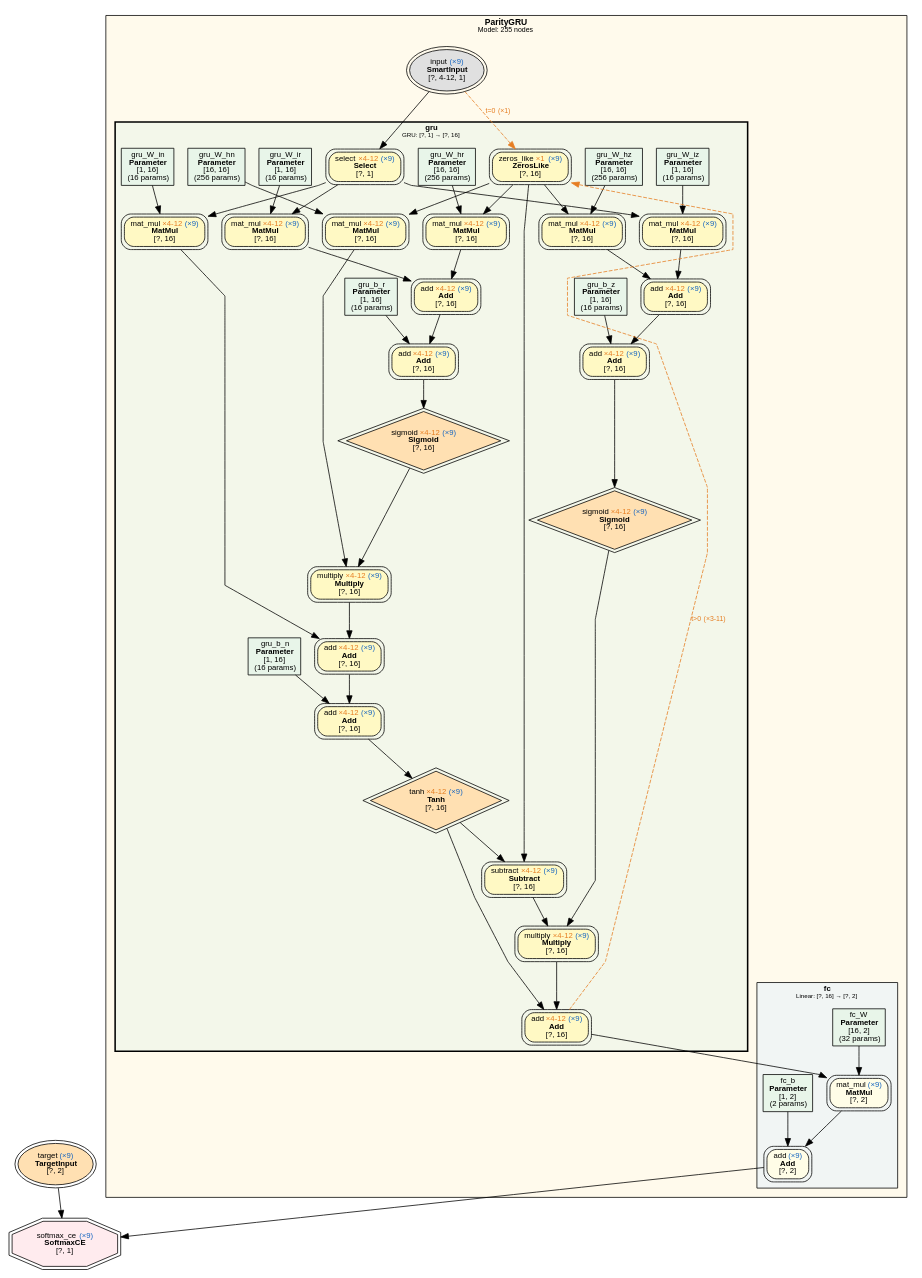
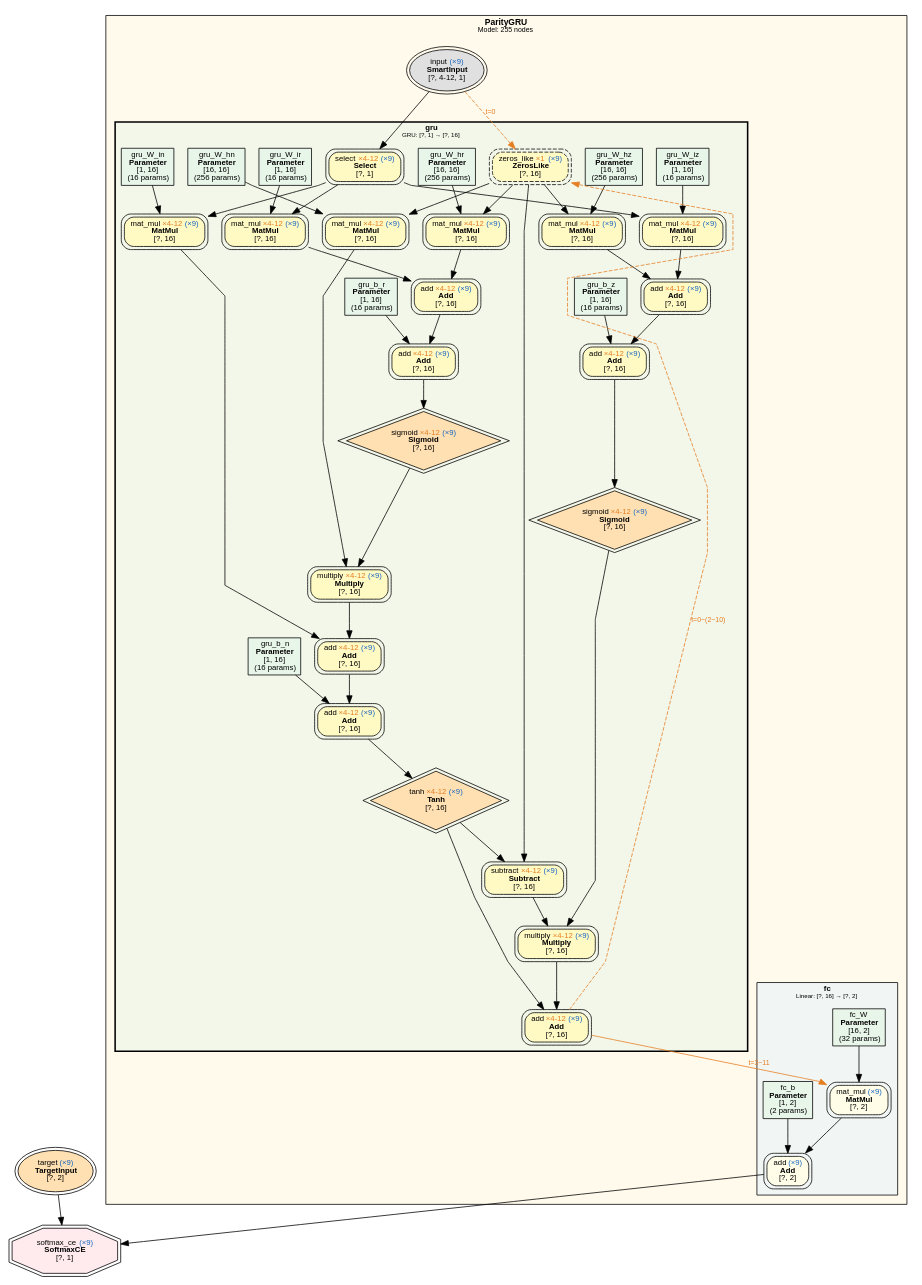
One commit to dbsxdbsx/only_torch changed the diagram in examples/parity_gru_var_len/parity_gru_var_len.dot. Above: the diagram before and after it, drawn with Graphviz. The commit also changed 8 other files, not shown here.

First line of the commit message:
style(vis): 优化循环层时间步标签及 ZerosLike 节点样式

```diff
--- a/examples/parity_gru_var_len/parity_gru_var_len.dot
+++ b/examples/parity_gru_var_len/parity_gru_var_len.dot
@@ -1,117 +1,117 @@
 digraph Model {
     rankdir=TB;
     newrank=true;
     splines=polyline;
     node [fontname="Microsoft YaHei,SimHei,Arial"];
     edge [fontname="Microsoft YaHei,SimHei,Arial"];
 
     subgraph cluster_ParityGRU {
         label=<<B>ParityGRU</B><BR/><FONT POINT-SIZE="9">Model: 255 nodes</FONT>>;
         style=filled;
         fillcolor="#FFECB340";
         fontname="Microsoft YaHei,SimHei,Arial";
         fontsize=11;
         margin=12;
         subgraph cluster_ParityGRU_fc {
             label=<<B>fc</B><BR/><FONT POINT-SIZE="8">Linear: [?, 16] → [?, 2]</FONT>>;
             style=filled;
             fillcolor="#E3F2FD80";
             fontname="Microsoft YaHei,SimHei,Arial";
             fontsize=10;
             margin=8;
             "10" [label=<fc_W<BR/><B>Parameter</B><BR/>[16, 2]<BR/>(32 params)> shape=box style=filled fillcolor="#E8F5E9" fontsize=10];
             "11" [label=<fc_b<BR/><B>Parameter</B><BR/>[1, 2]<BR/>(2 params)> shape=box style=filled fillcolor="#E8F5E9" fontsize=10];
             "1502" [label=<mat_mul <FONT COLOR="#1565C0">(×9)</FONT><BR/><B>MatMul</B><BR/>[?, 2]> shape=box style="filled,rounded" fillcolor="#FFFDE7" peripheries=2 fontsize=10];
             "1503" [label=<add <FONT COLOR="#1565C0">(×9)</FONT><BR/><B>Add</B><BR/>[?, 2]> shape=box style="filled,rounded" fillcolor="#FFFDE7" peripheries=2 fontsize=10];
         }
         subgraph cluster_ParityGRU_gru {
             label=<<B>gru</B><BR/><FONT POINT-SIZE="8">GRU: [?, 1] → [?, 16]</FONT>>;
             style="filled,bold";
             peripheries=3;
             penwidth=2;
             fillcolor="#E8F5E980";
             fontname="Microsoft YaHei,SimHei,Arial";
             fontsize=10;
             margin=8;
             "1" [label=<gru_W_ir<BR/><B>Parameter</B><BR/>[1, 16]<BR/>(16 params)> shape=box style=filled fillcolor="#E8F5E9" fontsize=10];
             "2" [label=<gru_W_hr<BR/><B>Parameter</B><BR/>[16, 16]<BR/>(256 params)> shape=box style=filled fillcolor="#E8F5E9" fontsize=10];
             "3" [label=<gru_b_r<BR/><B>Parameter</B><BR/>[1, 16]<BR/>(16 params)> shape=box style=filled fillcolor="#E8F5E9" fontsize=10];
             "4" [label=<gru_W_iz<BR/><B>Parameter</B><BR/>[1, 16]<BR/>(16 params)> shape=box style=filled fillcolor="#E8F5E9" fontsize=10];
             "5" [label=<gru_W_hz<BR/><B>Parameter</B><BR/>[16, 16]<BR/>(256 params)> shape=box style=filled fillcolor="#E8F5E9" fontsize=10];
             "6" [label=<gru_b_z<BR/><B>Parameter</B><BR/>[1, 16]<BR/>(16 params)> shape=box style=filled fillcolor="#E8F5E9" fontsize=10];
             "7" [label=<gru_W_in<BR/><B>Parameter</B><BR/>[1, 16]<BR/>(16 params)> shape=box style=filled fillcolor="#E8F5E9" fontsize=10];
             "8" [label=<gru_W_hn<BR/><B>Parameter</B><BR/>[16, 16]<BR/>(256 params)> shape=box style=filled fillcolor="#E8F5E9" fontsize=10];
             "9" [label=<gru_b_n<BR/><B>Parameter</B><BR/>[1, 16]<BR/>(16 params)> shape=box style=filled fillcolor="#E8F5E9" fontsize=10];
-            "1261" [label=<zeros_like <FONT COLOR="#E67E22">×1</FONT> <FONT COLOR="#1565C0">(×9)</FONT><BR/><B>ZerosLike</B><BR/>[?, 16]> shape=box style="filled,rounded" fillcolor="#FFF9C4" peripheries=2 fontsize=10];
+            "1261" [label=<zeros_like <FONT COLOR="#E67E22">×1</FONT> <FONT COLOR="#1565C0">(×9)</FONT><BR/><B>ZerosLike</B><BR/>[?, 16]> shape=box style="filled,rounded,dashed" fillcolor="#FFF9C4" peripheries=2 fontsize=10];
             "1262" [label=<select <FONT COLOR="#E67E22">×4-12</FONT> <FONT COLOR="#1565C0">(×9)</FONT><BR/><B>Select</B><BR/>[?, 1]> shape=box style="filled,rounded" fillcolor="#FFF9C4" peripheries=2 fontsize=10];
             "1263" [label=<mat_mul <FONT COLOR="#E67E22">×4-12</FONT> <FONT COLOR="#1565C0">(×9)</FONT><BR/><B>MatMul</B><BR/>[?, 16]> shape=box style="filled,rounded" fillcolor="#FFF9C4" peripheries=2 fontsize=10];
             "1264" [label=<mat_mul <FONT COLOR="#E67E22">×4-12</FONT> <FONT COLOR="#1565C0">(×9)</FONT><BR/><B>MatMul</B><BR/>[?, 16]> shape=box style="filled,rounded" fillcolor="#FFF9C4" peripheries=2 fontsize=10];
             "1265" [label=<add <FONT COLOR="#E67E22">×4-12</FONT> <FONT COLOR="#1565C0">(×9)</FONT><BR/><B>Add</B><BR/>[?, 16]> shape=box style="filled,rounded" fillcolor="#FFF9C4" peripheries=2 fontsize=10];
             "1266" [label=<add <FONT COLOR="#E67E22">×4-12</FONT> <FONT COLOR="#1565C0">(×9)</FONT><BR/><B>Add</B><BR/>[?, 16]> shape=box style="filled,rounded" fillcolor="#FFF9C4" peripheries=2 fontsize=10];
             "1267" [label=<sigmoid <FONT COLOR="#E67E22">×4-12</FONT> <FONT COLOR="#1565C0">(×9)</FONT><BR/><B>Sigmoid</B><BR/>[?, 16]> shape=diamond style=filled fillcolor="#FFE0B2" peripheries=2 fontsize=10];
             "1268" [label=<mat_mul <FONT COLOR="#E67E22">×4-12</FONT> <FONT COLOR="#1565C0">(×9)</FONT><BR/><B>MatMul</B><BR/>[?, 16]> shape=box style="filled,rounded" fillcolor="#FFF9C4" peripheries=2 fontsize=10];
             "1269" [label=<mat_mul <FONT COLOR="#E67E22">×4-12</FONT> <FONT COLOR="#1565C0">(×9)</FONT><BR/><B>MatMul</B><BR/>[?, 16]> shape=box style="filled,rounded" fillcolor="#FFF9C4" peripheries=2 fontsize=10];
             "1270" [label=<add <FONT COLOR="#E67E22">×4-12</FONT> <FONT COLOR="#1565C0">(×9)</FONT><BR/><B>Add</B><BR/>[?, 16]> shape=box style="filled,rounded" fillcolor="#FFF9C4" peripheries=2 fontsize=10];
             "1271" [label=<add <FONT COLOR="#E67E22">×4-12</FONT> <FONT COLOR="#1565C0">(×9)</FONT><BR/><B>Add</B><BR/>[?, 16]> shape=box style="filled,rounded" fillcolor="#FFF9C4" peripheries=2 fontsize=10];
             "1272" [label=<sigmoid <FONT COLOR="#E67E22">×4-12</FONT> <FONT COLOR="#1565C0">(×9)</FONT><BR/><B>Sigmoid</B><BR/>[?, 16]> shape=diamond style=filled fillcolor="#FFE0B2" peripheries=2 fontsize=10];
             "1273" [label=<mat_mul <FONT COLOR="#E67E22">×4-12</FONT> <FONT COLOR="#1565C0">(×9)</FONT><BR/><B>MatMul</B><BR/>[?, 16]> shape=box style="filled,rounded" fillcolor="#FFF9C4" peripheries=2 fontsize=10];
             "1274" [label=<mat_mul <FONT COLOR="#E67E22">×4-12</FONT> <FONT COLOR="#1565C0">(×9)</FONT><BR/><B>MatMul</B><BR/>[?, 16]> shape=box style="filled,rounded" fillcolor="#FFF9C4" peripheries=2 fontsize=10];
             "1275" [label=<multiply <FONT COLOR="#E67E22">×4-12</FONT> <FONT COLOR="#1565C0">(×9)</FONT><BR/><B>Multiply</B><BR/>[?, 16]> shape=box style="filled,rounded" fillcolor="#FFF9C4" peripheries=2 fontsize=10];
             "1276" [label=<add <FONT COLOR="#E67E22">×4-12</FONT> <FONT COLOR="#1565C0">(×9)</FONT><BR/><B>Add</B><BR/>[?, 16]> shape=box style="filled,rounded" fillcolor="#FFF9C4" peripheries=2 fontsize=10];
             "1277" [label=<add <FONT COLOR="#E67E22">×4-12</FONT> <FONT COLOR="#1565C0">(×9)</FONT><BR/><B>Add</B><BR/>[?, 16]> shape=box style="filled,rounded" fillcolor="#FFF9C4" peripheries=2 fontsize=10];
             "1278" [label=<tanh <FONT COLOR="#E67E22">×4-12</FONT> <FONT COLOR="#1565C0">(×9)</FONT><BR/><B>Tanh</B><BR/>[?, 16]> shape=diamond style=filled fillcolor="#FFE0B2" peripheries=2 fontsize=10];
             "1279" [label=<subtract <FONT COLOR="#E67E22">×4-12</FONT> <FONT COLOR="#1565C0">(×9)</FONT><BR/><B>Subtract</B><BR/>[?, 16]> shape=box style="filled,rounded" fillcolor="#FFF9C4" peripheries=2 fontsize=10];
             "1280" [label=<multiply <FONT COLOR="#E67E22">×4-12</FONT> <FONT COLOR="#1565C0">(×9)</FONT><BR/><B>Multiply</B><BR/>[?, 16]> shape=box style="filled,rounded" fillcolor="#FFF9C4" peripheries=2 fontsize=10];
             "1281" [label=<add <FONT COLOR="#E67E22">×4-12</FONT> <FONT COLOR="#1565C0">(×9)</FONT><BR/><B>Add</B><BR/>[?, 16]> shape=box style="filled,rounded" fillcolor="#FFF9C4" peripheries=2 fontsize=10];
         }
         "1260" [label=<input <FONT COLOR="#1565C0">(×9)</FONT><BR/><B>SmartInput</B><BR/>[?, 4-12, 1]> shape=ellipse style=filled fillcolor="#E0E0E0" peripheries=2 fontsize=10];
     }
 
     "1504" [label=<target <FONT COLOR="#1565C0">(×9)</FONT><BR/><B>TargetInput</B><BR/>[?, 2]> shape=ellipse style=filled fillcolor="#FFE0B2" peripheries=2 fontsize=10];
     "1505" [label=<softmax_ce <FONT COLOR="#1565C0">(×9)</FONT><BR/><B>SoftmaxCE</B><BR/>[?, 1]> shape=octagon style=filled fillcolor="#FFEBEE" peripheries=2 fontsize=10];
 
     "1260" -> "1262";
     "1262" -> "1263";
     "1" -> "1263";
     "1261" -> "1264";
     "2" -> "1264";
     "1263" -> "1265";
     "1264" -> "1265";
     "1265" -> "1266";
     "3" -> "1266";
     "1266" -> "1267";
     "1262" -> "1268";
     "4" -> "1268";
     "1261" -> "1269";
     "5" -> "1269";
     "1268" -> "1270";
     "1269" -> "1270";
     "1270" -> "1271";
     "6" -> "1271";
     "1271" -> "1272";
     "1262" -> "1273";
     "7" -> "1273";
     "1261" -> "1274";
     "8" -> "1274";
     "1267" -> "1275";
     "1274" -> "1275";
     "1273" -> "1276";
     "1275" -> "1276";
     "1276" -> "1277";
     "9" -> "1277";
     "1277" -> "1278";
     "1261" -> "1279";
     "1278" -> "1279";
     "1272" -> "1280";
     "1279" -> "1280";
     "1278" -> "1281";
     "1280" -> "1281";
-    "1281" -> "1502";
+    "1281" -> "1502" [color="#E67E22" label=<t=3~11> fontcolor="#E67E22" fontsize=9];
     "10" -> "1502";
     "1502" -> "1503";
     "11" -> "1503";
     "1503" -> "1505";
     "1504" -> "1505";
-    "1260" -> "1261" [style=dashed color="#E67E22" label=<t=0 <FONT COLOR="#E67E22">(×1)</FONT>> fontcolor="#E67E22" fontsize=9];
-    "1281" -> "1261" [style=dashed color="#E67E22" label=<t&gt;0 <FONT COLOR="#E67E22">(×3-11)</FONT>> fontcolor="#E67E22" fontsize=9 constraint=false];
+    "1260" -> "1261" [style=dashed color="#E67E22" label=<t=0> fontcolor="#E67E22" fontsize=9];
+    "1281" -> "1261" [style=dashed color="#E67E22" label=<t=0~(2~10)> fontcolor="#E67E22" fontsize=9 constraint=false];
 }
```
